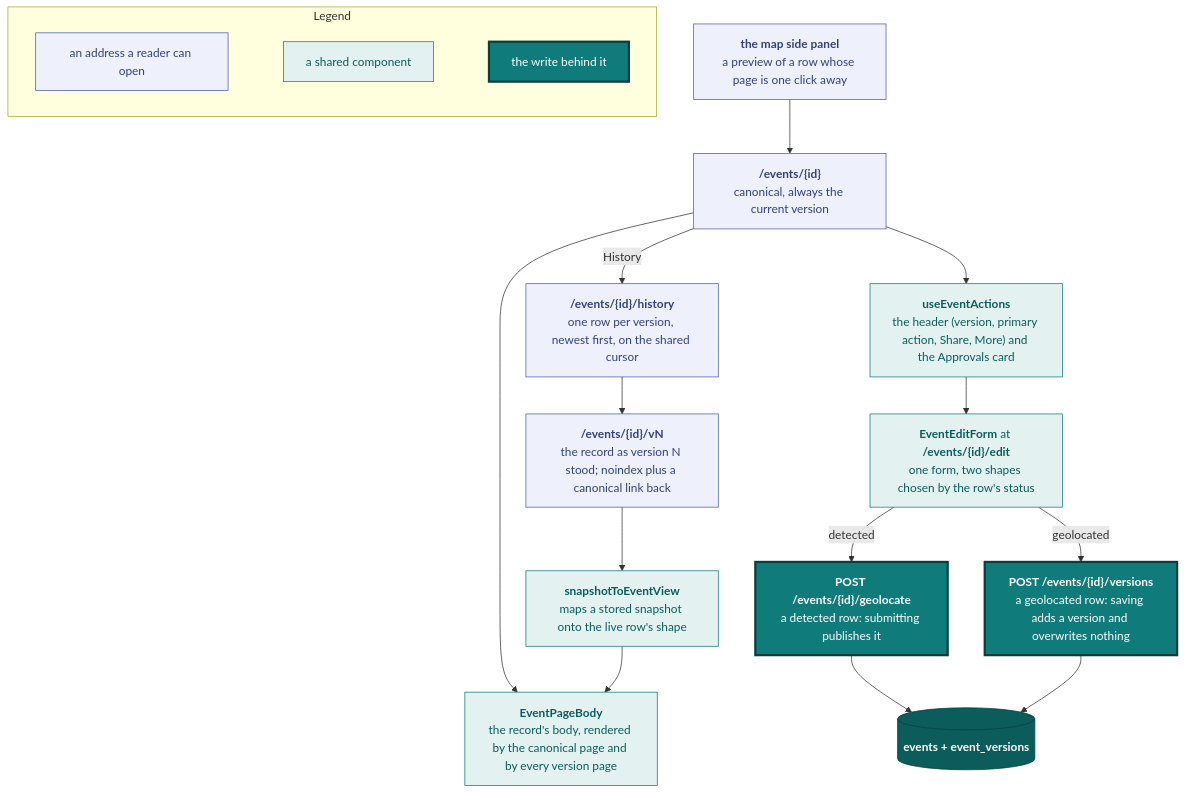
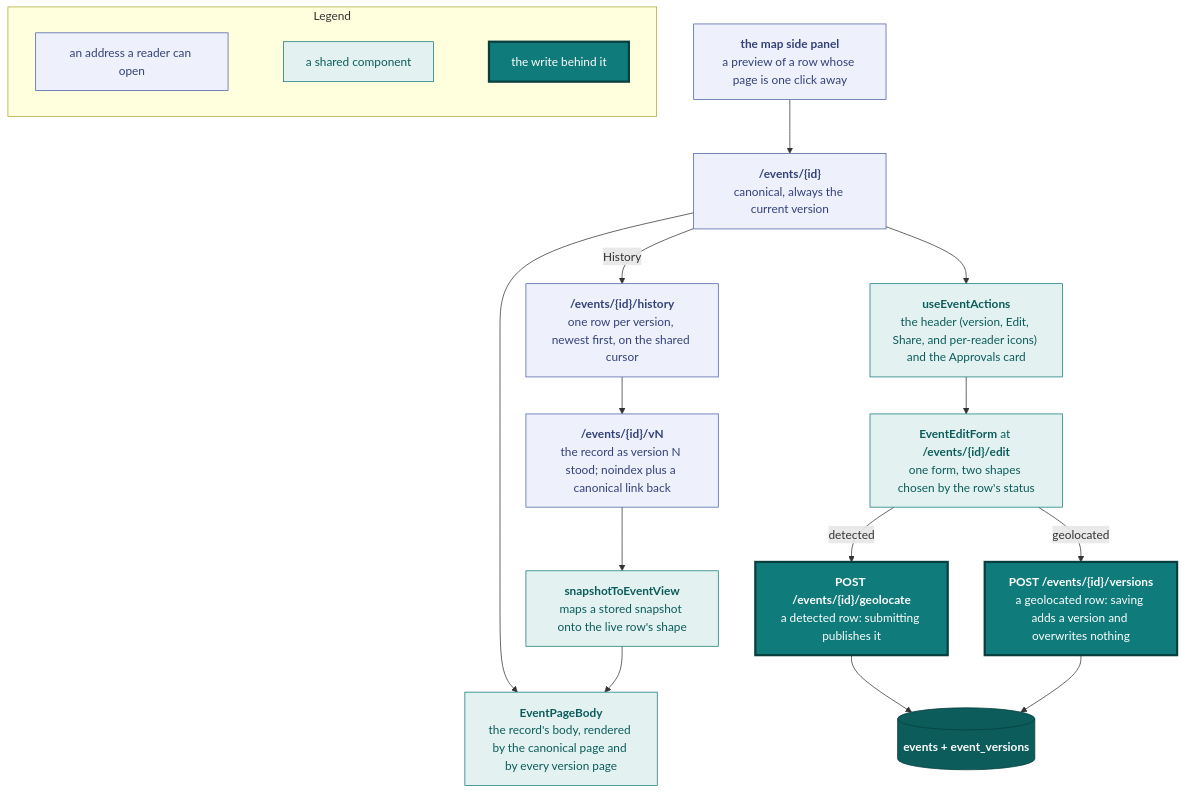
One commit to vidithq/vidit changed the third of 10 diagrams in docs/design.md. Above: the diagram before and after it, drawn with Mermaid. The commit also changed other lines of this file and 27 other files, not shown here.

First line of the commit message:
feat: icon tooltips, one-click share, owner management on the edit page

````diff
--- a/docs/design.md
+++ b/docs/design.md
@@ -394,51 +395,51 @@
 ```mermaid
 flowchart TB
   classDef spec fill:#eef1fb,stroke:#4a5fa5,color:#33417a
   classDef shared fill:#e3f2f1,stroke:#0f7b7a,color:#0b5c5b
   classDef core fill:#0f7b7a,stroke:#083f3e,stroke-width:3px,color:#ffffff
   classDef store fill:#0b5c5b,stroke:#083f3e,color:#ffffff
 
   subgraph legend [Legend]
     direction LR
     l1["`an address a reader can open`"]:::spec
     l2["`a shared component`"]:::shared
     l3["`the write behind it`"]:::core
     l1 ~~~ l2 ~~~ l3
   end
 
   canonical["`**/events/{id}**
   canonical, always the current version`"]:::spec
   history["`**/events/{id}/history**
   one row per version, newest first, on the shared cursor`"]:::spec
   vn["`**/events/{id}/vN**
   the record as version N stood; noindex plus a canonical link back`"]:::spec
   panel["`**the map side panel**
   a preview of a row whose page is one click away`"]:::spec
 
   body["`**EventPageBody**
   the record's body, rendered by the canonical page and by every version page`"]:::shared
   snap["`**snapshotToEventView**
   maps a stored snapshot onto the live row's shape`"]:::shared
   actions["`**useEventActions**
-  the header (version, primary action, Share, More) and the Approvals card`"]:::shared
+  the header (version, Edit, Share, and per-reader icons) and the Approvals card`"]:::shared
   form["`**EventEditForm** at **/events/{id}/edit**
   one form, two shapes chosen by the row's status`"]:::shared
 
   geo["`**POST /events/{id}/geolocate**
   a detected row: submitting publishes it`"]:::core
   ver["`**POST /events/{id}/versions**
   a geolocated row: saving adds a version and overwrites nothing`"]:::core
   rows[("`**events + event_versions**`")]:::store
 
   canonical --> body
   vn --> snap --> body
   canonical --> actions
   history --> vn
   canonical -->|"History"| history
   actions --> form
   panel --> canonical
   form -->|"detected"| geo
   form -->|"geolocated"| ver
   geo --> rows
   ver --> rows
 ```
````
